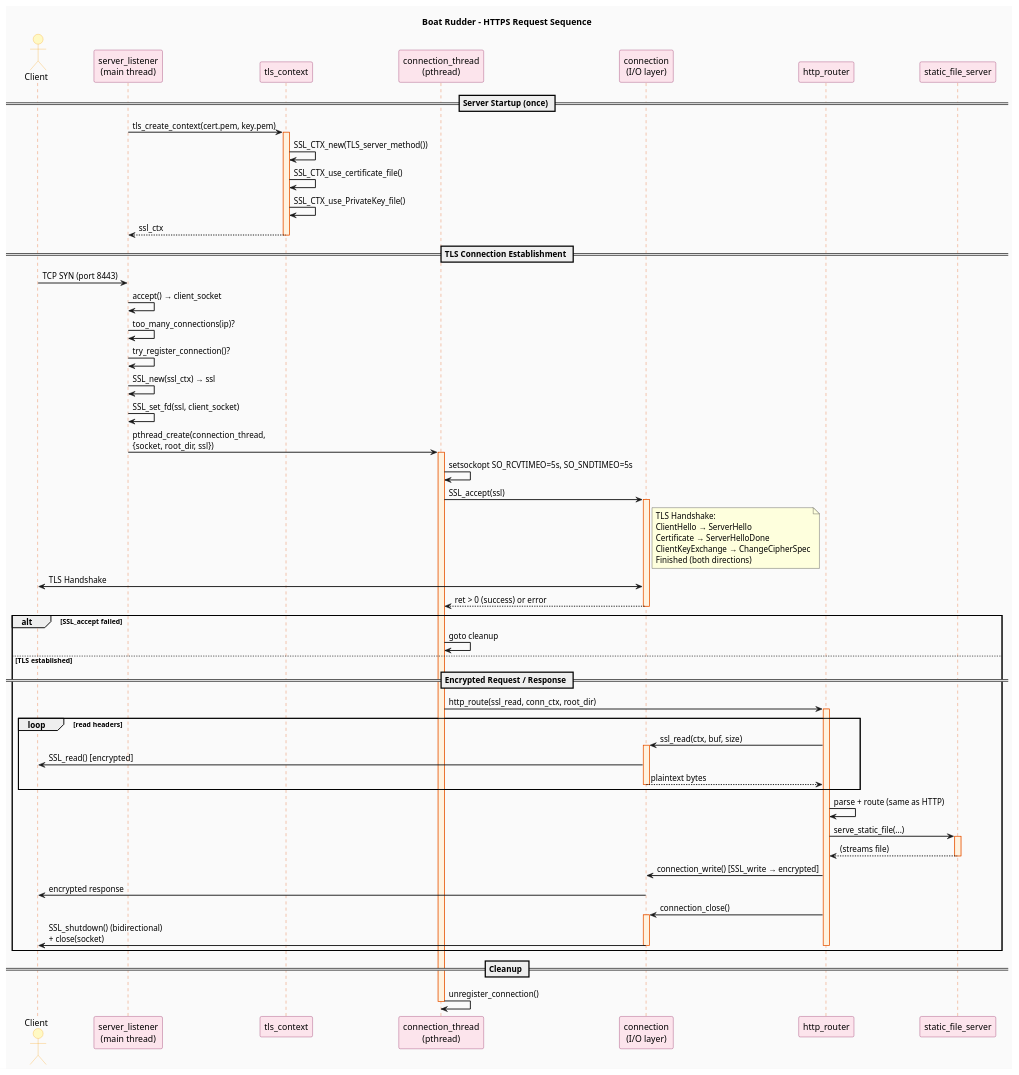
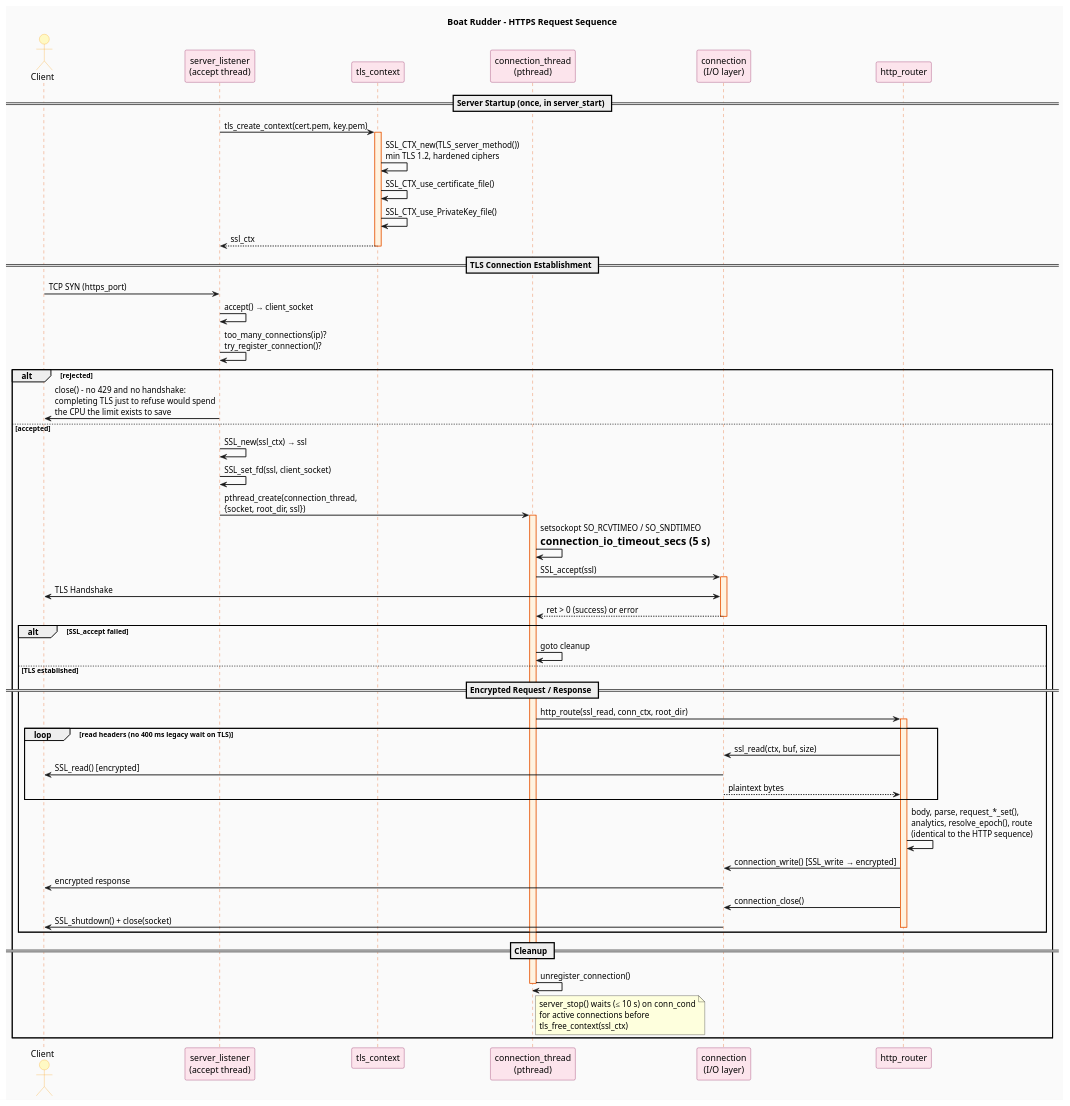
The diagram in develop_docs/diagrams/sequence-https.puml (jpablotoledom/boat-rudder), drawn with PlantUML before and after one commit. The commit also changed 53 other files, not shown here.

```diff
--- a/develop_docs/diagrams/sequence-https.puml
+++ b/develop_docs/diagrams/sequence-https.puml
@@ -1,102 +1,91 @@
 @startuml sequence-https
 
 title Boat Rudder - HTTPS Request Sequence
 
 skinparam backgroundColor #FAFAFA
 skinparam sequenceArrowThickness 1.5
 skinparam sequence {
     LifeLineBackgroundColor #FFF3E0
     LifeLineBorderColor #E65100
     ActorBackgroundColor #FFF9C4
     ActorBorderColor #F9A825
     ParticipantBackgroundColor #FCE4EC
     ParticipantBorderColor #880E4F
 }
 
 actor Client
 
-participant "server_listener\n(main thread)" as SS
+participant "server_listener\n(accept thread)" as SS
 participant "tls_context" as SSLM
 participant "connection_thread\n(pthread)" as CT
 participant "connection\n(I/O layer)" as CONN
 participant "http_router" as RH
-participant "static_file_server" as SH
 
-== Server Startup (once) ==
+== Server Startup (once, in server_start) ==
 
 SS -> SSLM : tls_create_context(cert.pem, key.pem)
 activate SSLM
-SSLM -> SSLM : SSL_CTX_new(TLS_server_method())
+SSLM -> SSLM : SSL_CTX_new(TLS_server_method())\nmin TLS 1.2, hardened ciphers
 SSLM -> SSLM : SSL_CTX_use_certificate_file()
 SSLM -> SSLM : SSL_CTX_use_PrivateKey_file()
 SSLM --> SS : ssl_ctx
 deactivate SSLM
 
 == TLS Connection Establishment ==
 
-Client -> SS : TCP SYN (port 8443)
+Client -> SS : TCP SYN (https_port)
 SS -> SS : accept() → client_socket
-SS -> SS : too_many_connections(ip)?
-SS -> SS : try_register_connection()?
-SS -> SS : SSL_new(ssl_ctx) → ssl
-SS -> SS : SSL_set_fd(ssl, client_socket)
-SS -> CT : pthread_create(connection_thread,\n{socket, root_dir, ssl})
+SS -> SS : too_many_connections(ip)?\ntry_register_connection()?
 
-activate CT
-CT -> CT : setsockopt SO_RCVTIMEO=5s, SO_SNDTIMEO=5s
+alt rejected
+    SS -> Client : close() - no 429 and no handshake:\ncompleting TLS just to refuse would spend\nthe CPU the limit exists to save
+else accepted
+    SS -> SS : SSL_new(ssl_ctx) → ssl
+    SS -> SS : SSL_set_fd(ssl, client_socket)
+    SS -> CT : pthread_create(connection_thread,\n{socket, root_dir, ssl})
 
-CT -> CONN : SSL_accept(ssl)
-activate CONN
-note right of CONN
-  TLS Handshake:
-  ClientHello → ServerHello
-  Certificate → ServerHelloDone
-  ClientKeyExchange → ChangeCipherSpec
-  Finished (both directions)
-end note
-CONN <-> Client : TLS Handshake
-CONN --> CT : ret > 0 (success) or error
-deactivate CONN
+    activate CT
+    CT -> CT : setsockopt SO_RCVTIMEO / SO_SNDTIMEO\n= connection_io_timeout_secs (5 s)
 
-alt SSL_accept failed
-    CT -> CT : goto cleanup
-else TLS established
+    CT -> CONN : SSL_accept(ssl)
+    activate CONN
+    CONN <-> Client : TLS Handshake
+    CONN --> CT : ret > 0 (success) or error
+    deactivate CONN
+
+    alt SSL_accept failed
+        CT -> CT : goto cleanup
+    else TLS established
 
 == Encrypted Request / Response ==
 
-CT -> RH : http_route(ssl_read, conn_ctx, root_dir)
+        CT -> RH : http_route(ssl_read, conn_ctx, root_dir)
+        activate RH
+        loop read headers (no 400 ms legacy wait on TLS)
+            RH -> CONN : ssl_read(ctx, buf, size)
+            CONN -> Client : SSL_read() [encrypted]
+            CONN --> RH : plaintext bytes
+        end
 
-activate RH
-loop read headers
-    RH -> CONN : ssl_read(ctx, buf, size)
-    activate CONN
-    CONN -> Client : SSL_read() [encrypted]
-    CONN --> RH : plaintext bytes
-    deactivate CONN
-end
+        RH -> RH : body, parse, request_*_set(),\nanalytics, resolve_epoch(), route\n(identical to the HTTP sequence)
 
-RH -> RH : parse + route (same as HTTP)
+        RH -> CONN : connection_write() [SSL_write → encrypted]
+        CONN -> Client : encrypted response
 
-RH -> SH : serve_static_file(...)
-activate SH
-SH --> RH : (streams file)
-deactivate SH
-
-RH -> CONN : connection_write() [SSL_write → encrypted]
-CONN -> Client : encrypted response
-
-RH -> CONN : connection_close()
-activate CONN
-CONN -> Client : SSL_shutdown() (bidirectional)\n+ close(socket)
-deactivate CONN
-
-deactivate RH
-
-end
+        RH -> CONN : connection_close()
+        CONN -> Client : SSL_shutdown() + close(socket)
+        deactivate RH
+    end
 
 == Cleanup ==
 
-CT -> CT : unregister_connection()
-deactivate CT
+    CT -> CT : unregister_connection()
+    note right of CT
+      server_stop() waits (≤ 10 s) on conn_cond
+      for active connections before
+      tls_free_context(ssl_ctx)
+    end note
+    deactivate CT
+end
 
 @enduml
```
